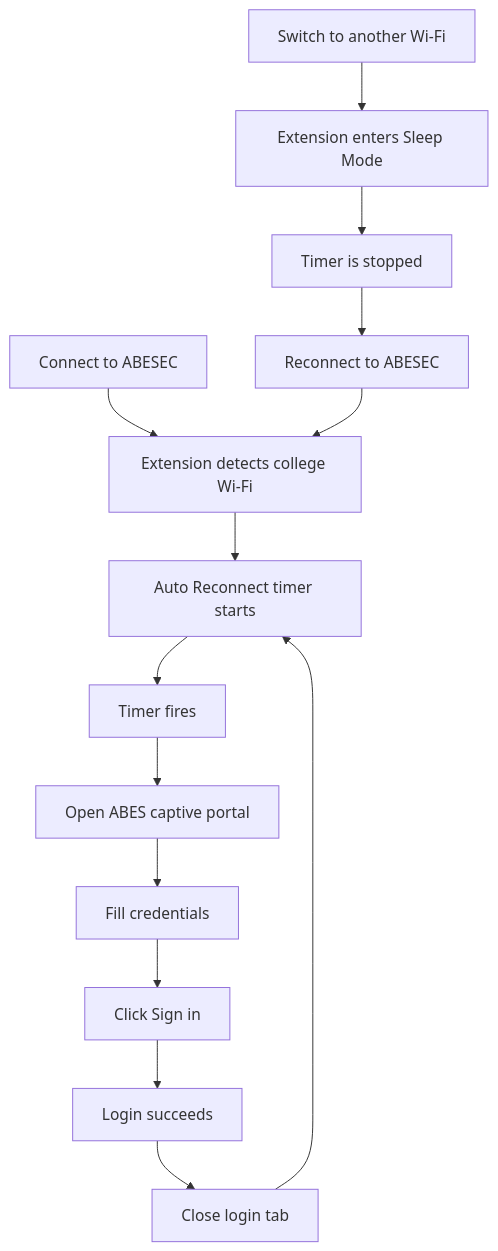
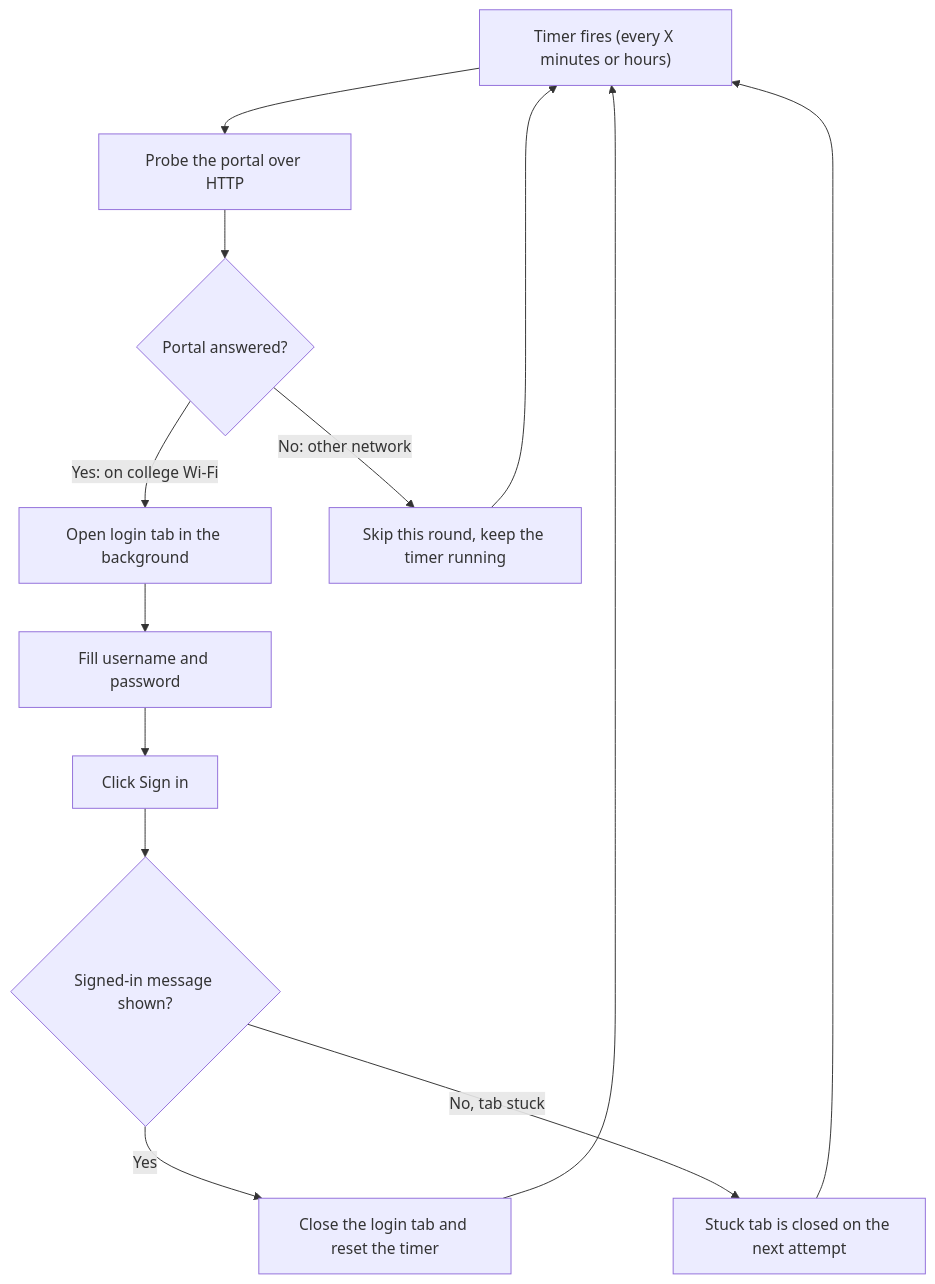
One commit to harshsingh2275/ABES-WiFi-AutoLogin changed the first of 5 diagrams in README.md. Above: the diagram before and after it, drawn with Mermaid. The commit also changed other lines of this file and 11 other files, not shown here.

````diff
--- a/README.md
+++ b/README.md
@@ -57,17 +78,15 @@
 ```mermaid
 flowchart TD
-    A[Connect to ABESEC] --> B[Extension detects college Wi-Fi]
-    B --> C[Auto Reconnect timer starts]
-    C --> D[Timer fires]
-    D --> E[Open ABES captive portal]
-    E --> F[Fill credentials]
-    F --> G[Click Sign in]
-    G --> H[Login succeeds]
-    H --> I[Close login tab]
-    I --> C
-
-    J[Switch to another Wi-Fi] --> K[Extension enters Sleep Mode]
-    K --> L[Timer is stopped]
-    L --> M[Reconnect to ABESEC]
-    M --> B
+    A["Timer fires (every X minutes or hours)"] --> B["Probe the portal over HTTP"]
+    B --> C{"Portal answered?"}
+    C -->|"Yes: on college Wi-Fi"| D["Open login tab in the background"]
+    D --> E["Fill username and password"]
+    E --> F["Click Sign in"]
+    F --> G{"Signed-in message shown?"}
+    G -->|Yes| H["Close the login tab and reset the timer"]
+    G -->|"No, tab stuck"| I["Stuck tab is closed on the next attempt"]
+    C -->|"No: other network"| J["Skip this round, keep the timer running"]
+    H --> A
+    I --> A
+    J --> A
 ```
````
